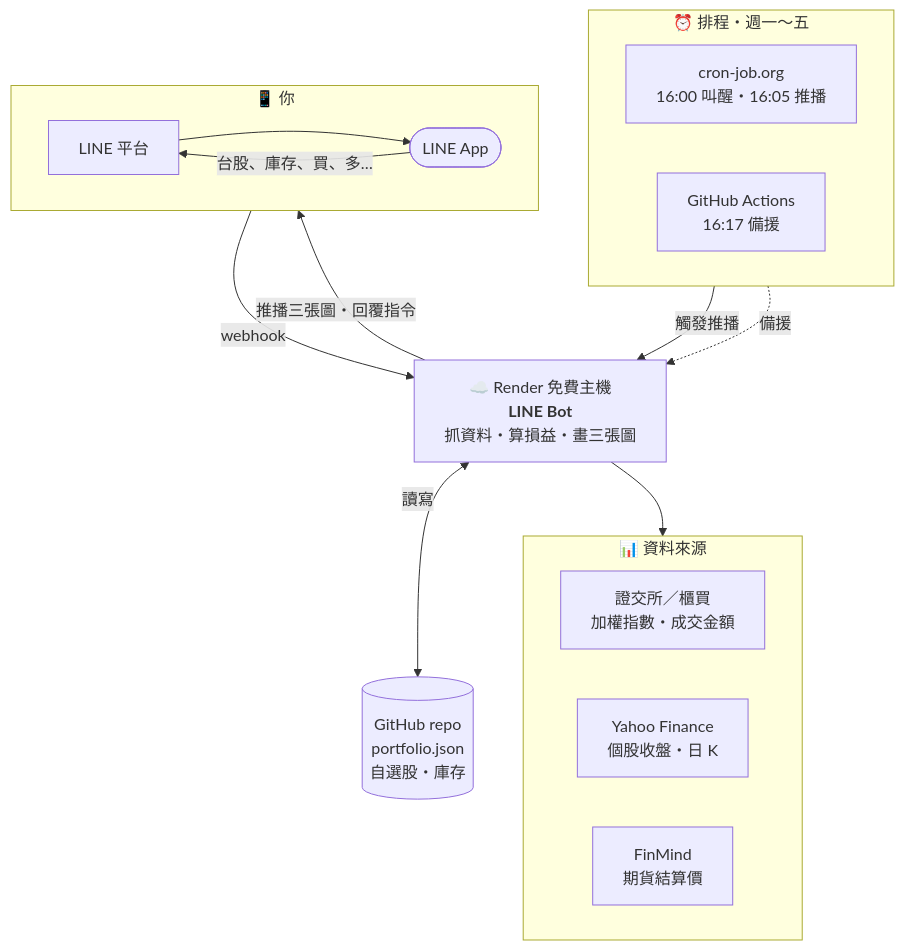
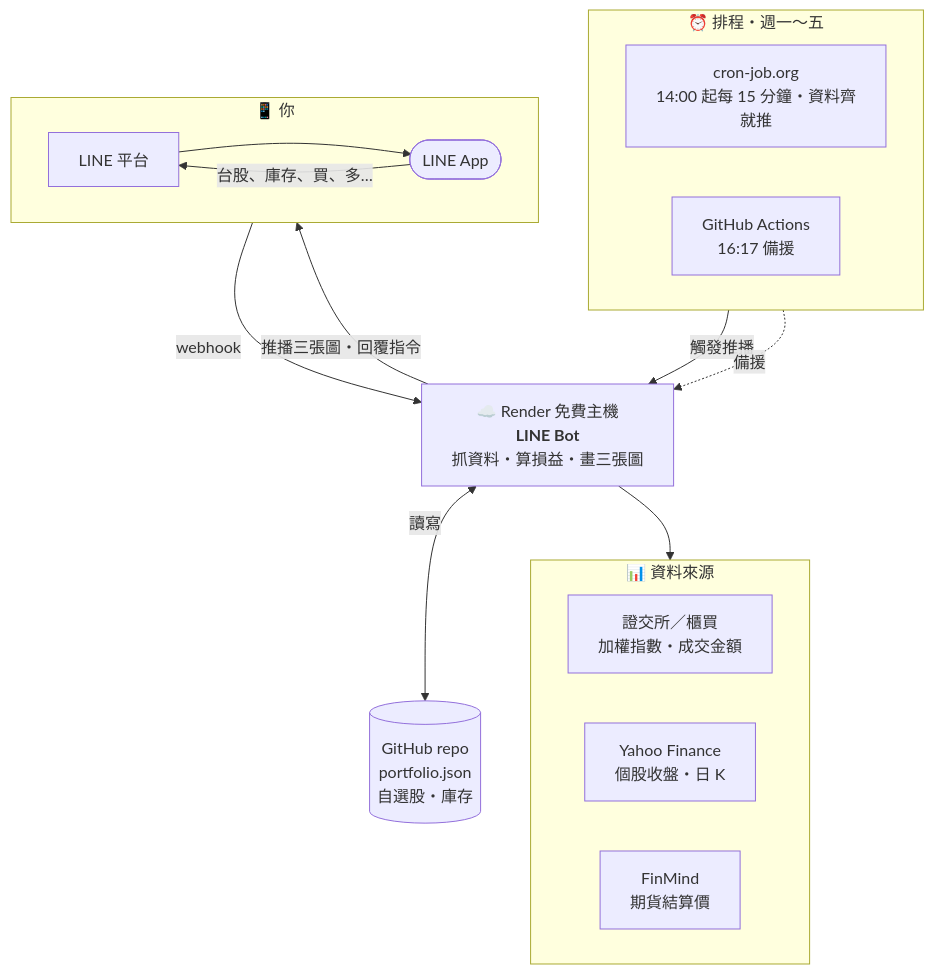
Before and after one commit to scm611-byte/line-market-bot: the first of 3 diagrams in README.md, drawn with Mermaid. The commit also changed other lines of this file, not shown here.

````diff
--- a/README.md
+++ b/README.md
@@ -24,34 +24,34 @@
 ```mermaid
 flowchart TB
     subgraph sched["⏰ 排程・週一～五"]
         direction LR
-        cron["cron-job.org<br/>16:00 叫醒・16:05 推播"]
+        cron["cron-job.org<br/>14:00 起每 15 分鐘・資料齊就推"]
         gha["GitHub Actions<br/>16:17 備援"]
     end
 
     bot["☁️ Render 免費主機<br/><b>LINE Bot</b><br/>抓資料・算損益・畫三張圖"]
 
     subgraph data["📊 資料來源"]
         direction LR
         twse["證交所／櫃買<br/>加權指數・成交金額"]
         yahoo["Yahoo Finance<br/>個股收盤・日 K"]
         finmind["FinMind<br/>期貨結算價"]
     end
 
     repo[("GitHub repo<br/>portfolio.json<br/>自選股・庫存")]
 
     subgraph phone["📱 你"]
         direction LR
         line["LINE 平台"]
         you(["LINE App"])
     end
 
     cron -->|觸發推播| bot
     gha -.->|備援| bot
     bot --> data
     bot <-->|讀寫| repo
     bot -->|推播三張圖・回覆指令| line
     line --> you
     you -->|台股、庫存、買、多…| line
     line -->|webhook| bot
 ```
````
